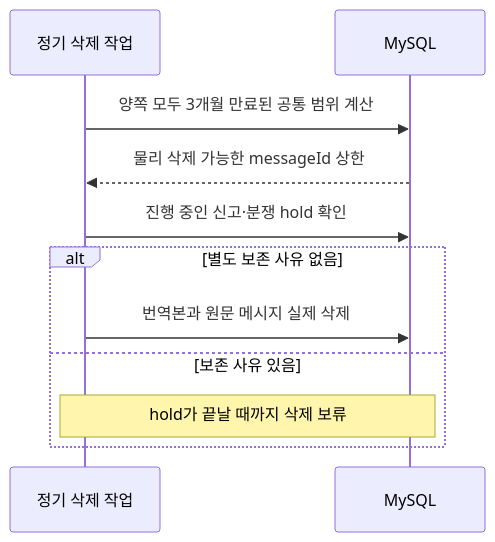
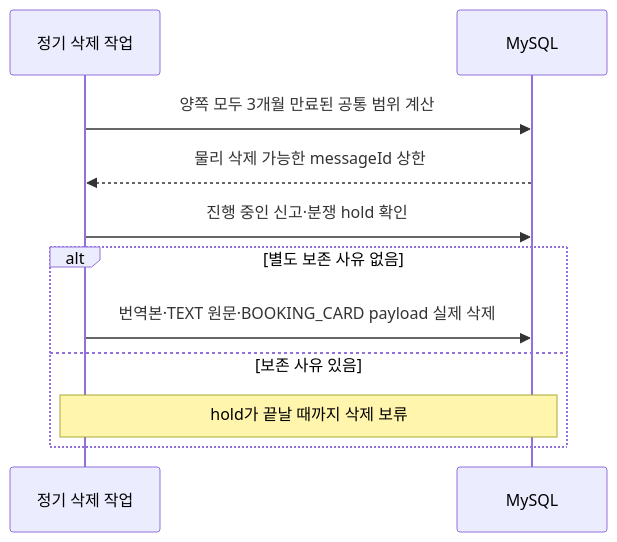
The third of 5 diagrams in docs/architecture/chat/future/03-sequence-diagrams.md (jameskim9509/Kohere-backend), drawn with Mermaid before and after one commit. The commit also changed other lines of this file and 57 other files, not shown here.

````diff
--- a/docs/architecture/chat/future/03-sequence-diagrams.md
+++ b/docs/architecture/chat/future/03-sequence-diagrams.md
@@ -27,15 +50,15 @@
 ```mermaid
 sequenceDiagram
     participant JOB as 정기 삭제 작업
     participant DB as MySQL
 
     JOB->>DB: 양쪽 모두 3개월 만료된 공통 범위 계산
     DB-->>JOB: 물리 삭제 가능한 messageId 상한
     JOB->>DB: 진행 중인 신고·분쟁 hold 확인
 
     alt 별도 보존 사유 없음
-        JOB->>DB: 번역본과 원문 메시지 실제 삭제
+        JOB->>DB: 번역본·TEXT 원문·BOOKING_CARD payload 실제 삭제
     else 보존 사유 있음
         Note over JOB,DB: hold가 끝날 때까지 삭제 보류
     end
 ```
````
